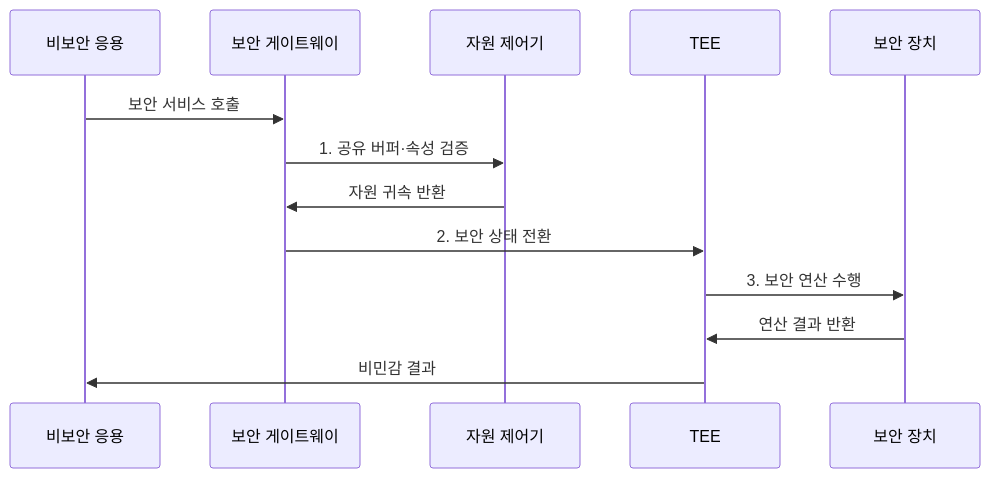
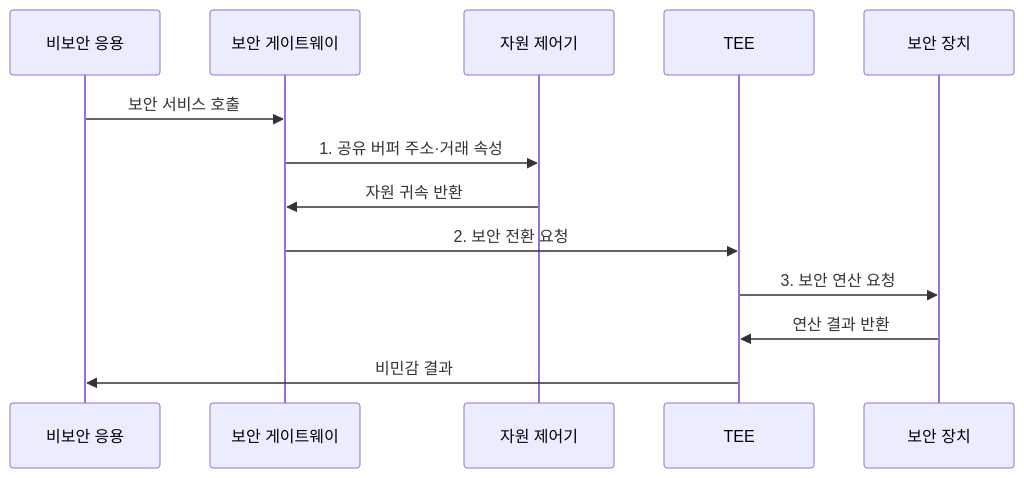
Before and after one commit to agnusdei1207/knowledge-base: the second of 2 diagrams in src/content/docs/notes/02-hardware/064_arm_trustzone.md, drawn with Mermaid. The commit also changed other lines of this file and 20 other files, not shown here.

````diff
--- a/src/content/docs/notes/02-hardware/064_arm_trustzone.md
+++ b/src/content/docs/notes/02-hardware/064_arm_trustzone.md
@@ -85,16 +89,16 @@
 ```mermaid
 sequenceDiagram
     participant N as 비보안 응용
     participant G as 보안 게이트웨이
     participant A as 자원 제어기
     participant T as TEE
     participant P as 보안 장치
 
     N->>G: 보안 서비스 호출
-    G->>A: 1. 공유 버퍼·속성 검증
+    G->>A: 1. 공유 버퍼 주소·거래 속성
     A->>G: 자원 귀속 반환
-    G->>T: 2. 보안 상태 전환
-    T->>P: 3. 보안 연산 수행
+    G->>T: 2. 보안 전환 요청
+    T->>P: 3. 보안 연산 요청
     P->>T: 연산 결과 반환
     T->>N: 비민감 결과
 ```
````
